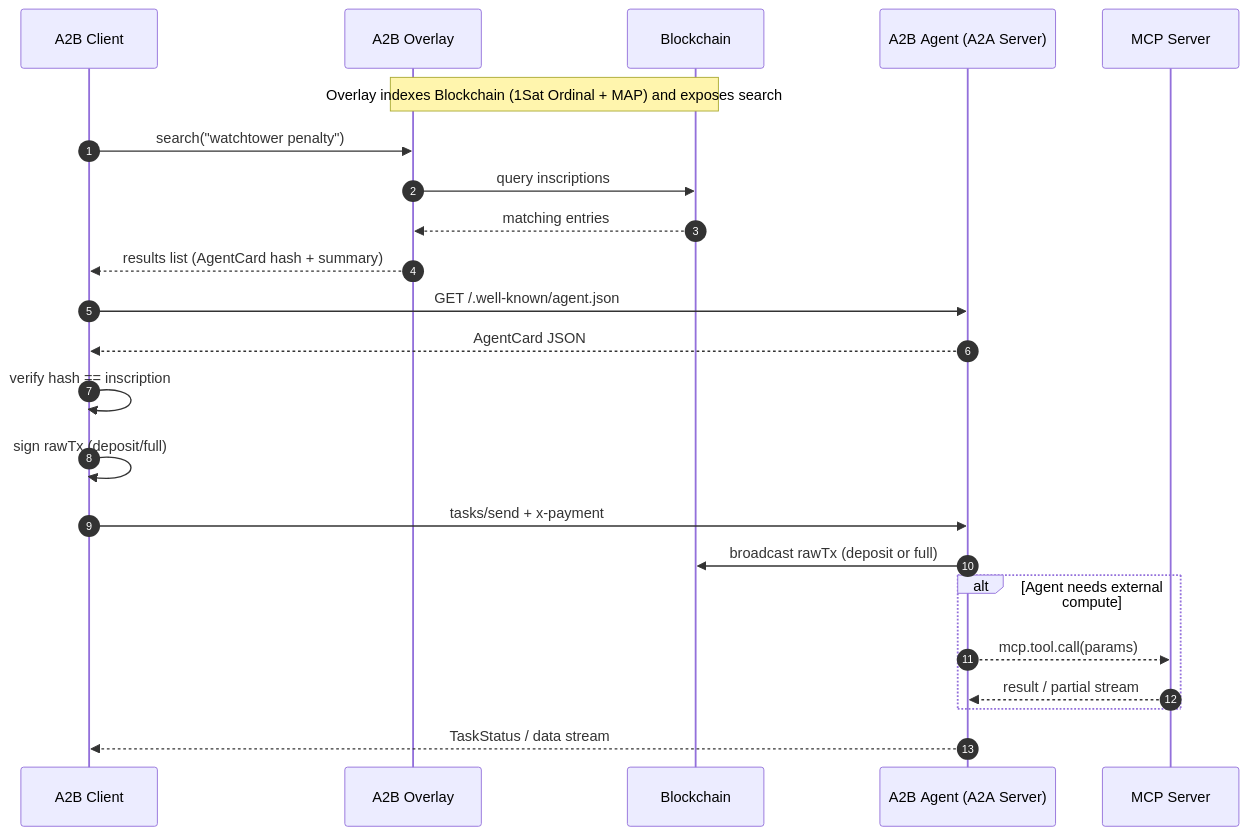
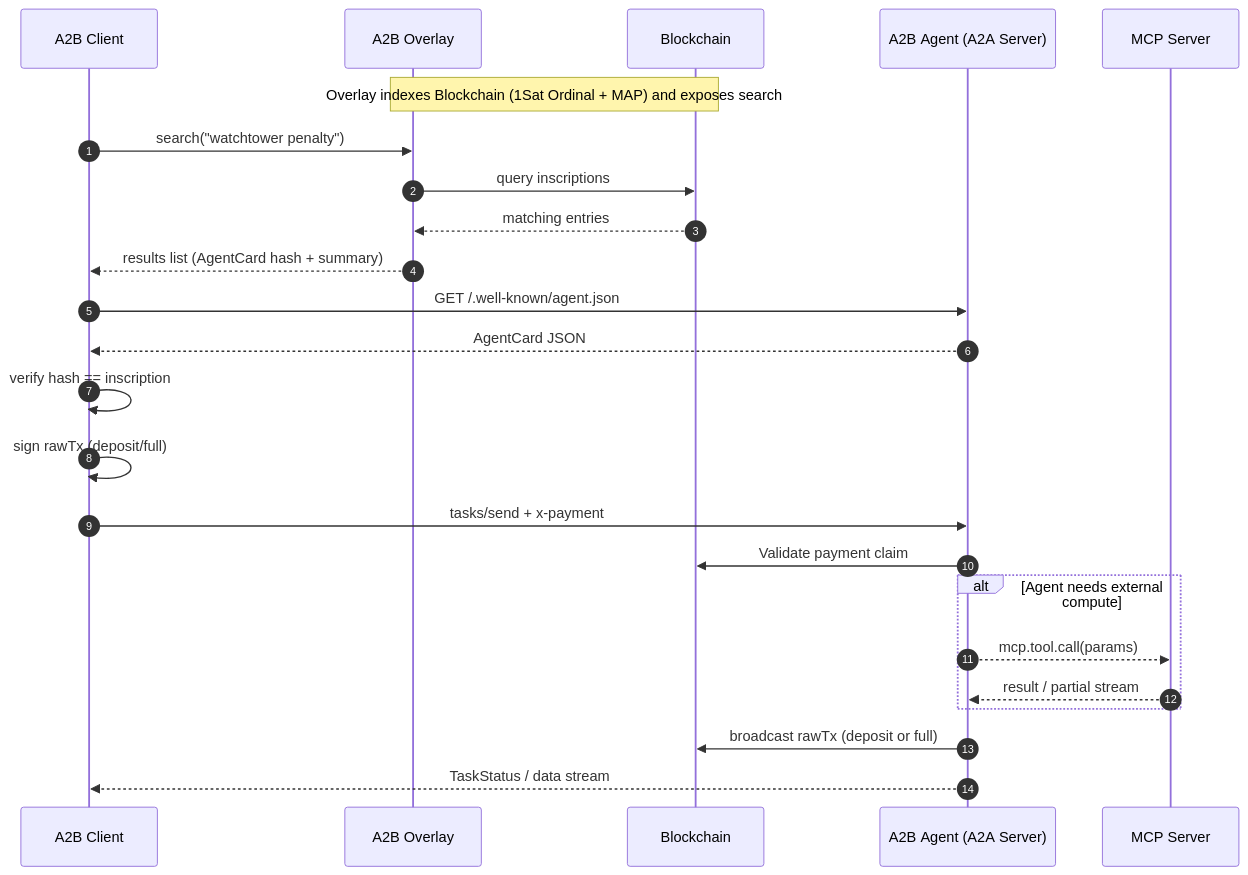
One commit to b-open-io/bsv-mcp changed the first of 6 diagrams in docs/a2b.md. Above: the diagram before and after it, drawn with Mermaid.

Commit message:
Update A2B documentation: enhance sequence diagram by adding payment claim validation step before broadcasting raw transactions for improved clarity in the payment flow.

````diff
--- a/docs/a2b.md
+++ b/docs/a2b.md
@@ -51,31 +51,34 @@
 ```mermaid
 sequenceDiagram
     autonumber
     participant C as A2B Client
     participant O as A2B Overlay
     participant B as Blockchain
     participant S as A2B Agent (A2A Server)
     participant T as MCP Server
 
     Note over O,B: Overlay indexes Blockchain (1Sat Ordinal + MAP) and exposes search
 
     C->>O: search("watchtower penalty")
     O->>B: query inscriptions
     B-->>O: matching entries
     O-->>C: results list (AgentCard hash + summary)
 
     C->>S: GET /.well-known/agent.json
     S-->>C: AgentCard JSON
     C->>C: verify hash == inscription
 
     C->>C: sign rawTx (deposit/full)
     C->>S: tasks/send + x‑payment
-    S->>B: broadcast rawTx (deposit or full)
+
+    S->>B: Validate payment claim
 
     alt Agent needs external compute
         S-->>T: mcp.tool.call(params)
         T-->>S: result / partial stream
     end
 
+    S->>B: broadcast rawTx (deposit or full)
+
     S-->>C: TaskStatus / data stream
 ```
````
